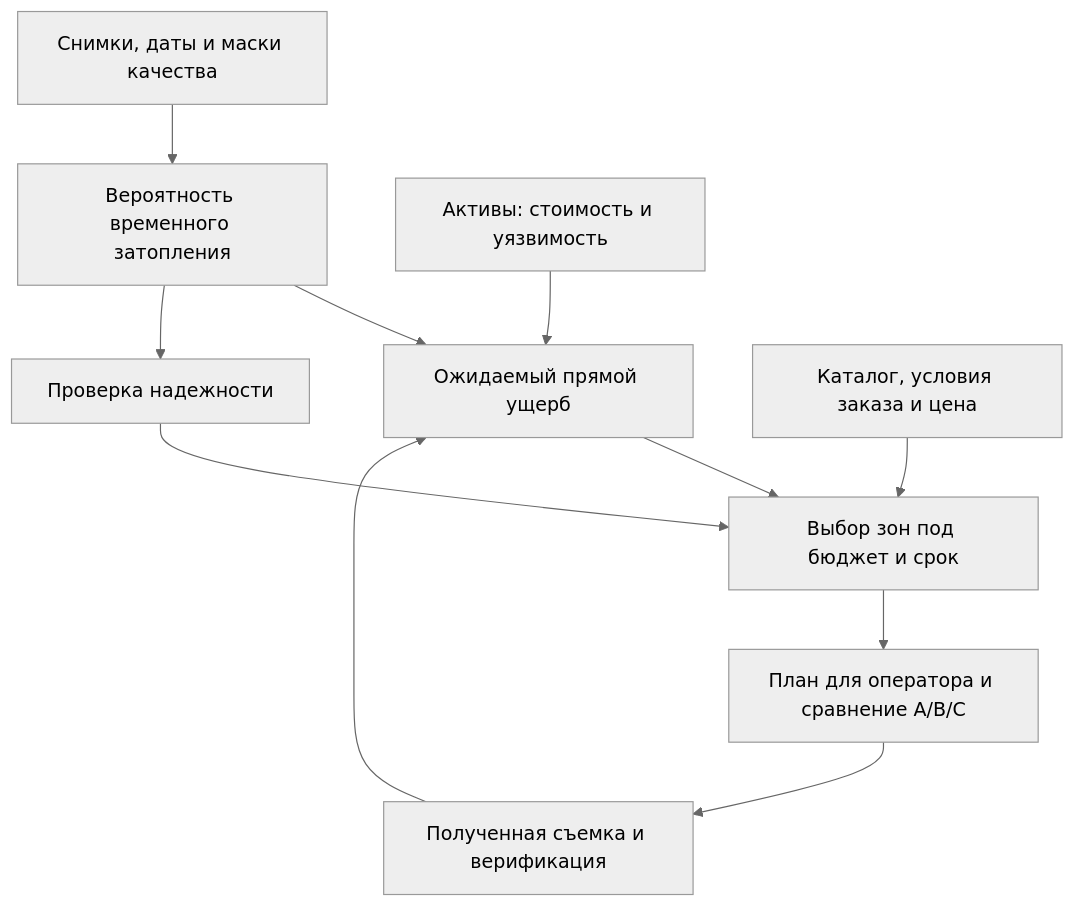
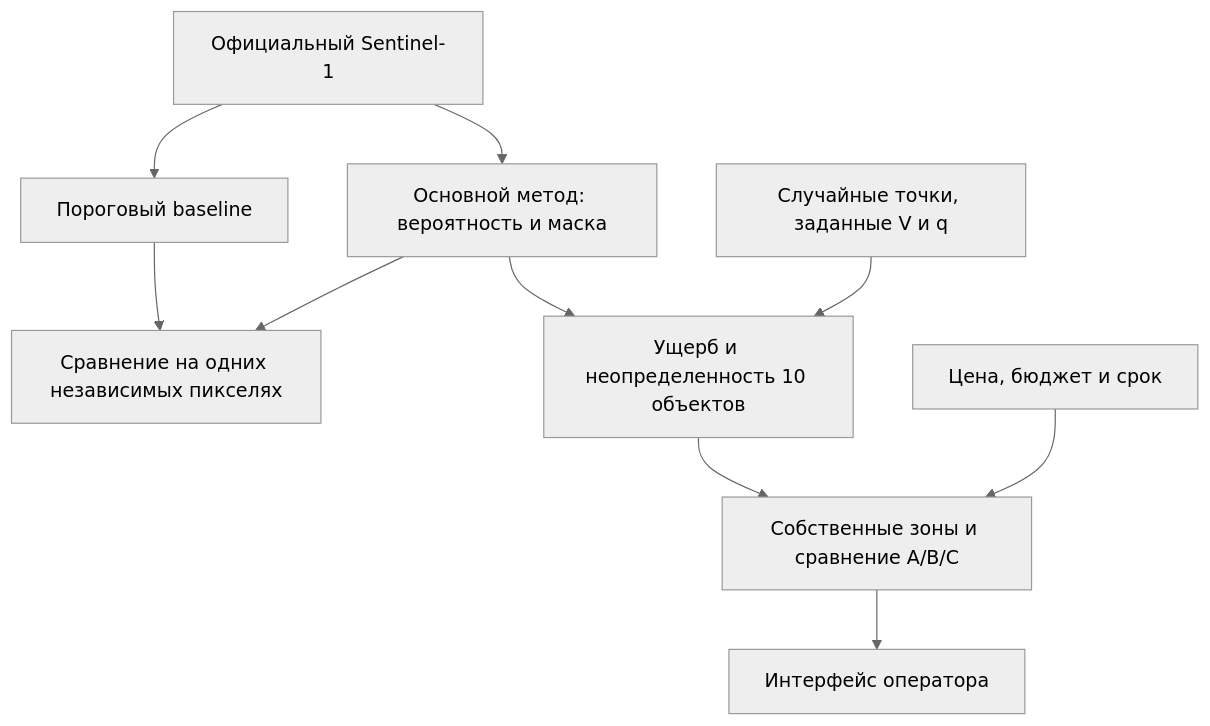
One commit to eugenetatarchenkolaw/test_EO changed the diagram in README.md. Above: the diagram before and after it, drawn with Mermaid (neutral theme). The commit also changed other lines of this file and 58 other files, not shown here.

````diff
--- a/README.md
+++ b/README.md
@@ -22,13 +19,12 @@
 ```mermaid
 flowchart TD
-    A["Снимки, даты и маски качества"] --> C["Вероятность временного затопления"]
-    B["Активы: стоимость и уязвимость"] --> D["Ожидаемый прямой ущерб"]
-    C --> D
-    C --> E["Проверка надежности"]
-    D --> F["Выбор зон под бюджет и срок"]
-    E --> F
-    G["Каталог, условия заказа и цена"] --> F
-    F --> H["План для оператора и сравнение A/B/C"]
-    H --> I["Полученная съемка и верификация"]
-    I --> D
+    S["Официальный Sentinel-1"] --> B["Пороговый baseline"]
+    S --> M["Основной метод: вероятность и маска"]
+    B --> T["Сравнение на одних независимых пикселях"]
+    M --> T
+    M --> E["Ущерб и неопределенность 10 объектов"]
+    O["Случайные точки, заданные V и q"] --> E
+    E --> P["Собственные зоны и сравнение A/B/C"]
+    C["Цена, бюджет и срок"] --> P
+    P --> U["Интерфейс оператора"]
 ```
````
